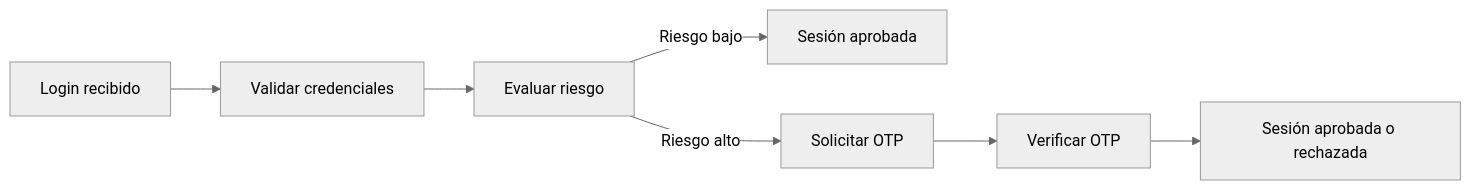
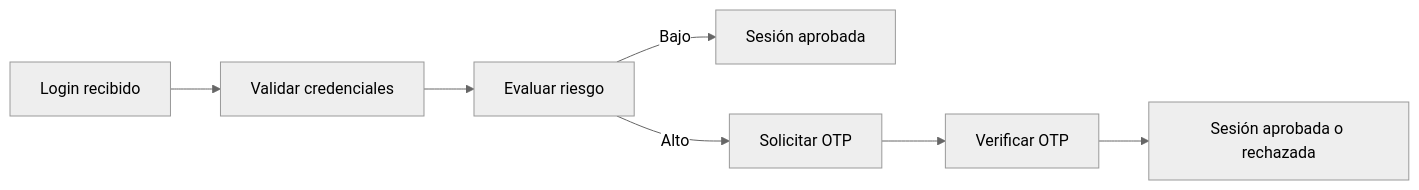
One commit to teamdroid-trainer/docs-docusaurus-trainer changed the ninth of 11 diagrams in docs/backend-java-quarkus/06-event-driven-mfa/event-bus-mfa.md. Above: the diagram before and after it, drawn with Mermaid (neutral theme). The commit also changed other lines of this file and 35 other files, not shown here.

````diff
--- a/docs/backend-java-quarkus/06-event-driven-mfa/event-bus-mfa.md
+++ b/docs/backend-java-quarkus/06-event-driven-mfa/event-bus-mfa.md
@@ -248,9 +259,9 @@
 ```mermaid
 flowchart LR
     A[Login recibido] --> B[Validar credenciales]
     B --> C[Evaluar riesgo]
-    C -->|Riesgo bajo| D[Sesión aprobada]
-    C -->|Riesgo alto| E[Solicitar OTP]
+    C -->|Bajo| D[Sesión aprobada]
+    C -->|Alto| E[Solicitar OTP]
     E --> F[Verificar OTP]
     F --> G[Sesión aprobada o rechazada]
 ```
````
